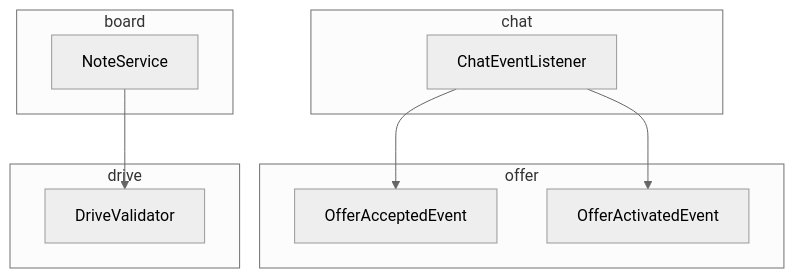
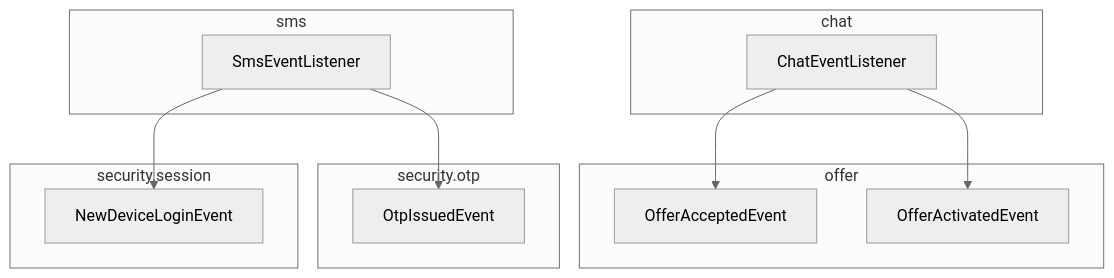
The third of 3 diagrams in apps/api/docs/project-structure.md (mortonCareer/bconnect), drawn with Mermaid (neutral theme) before and after one commit. The commit also changed other lines of this file and 32 other files, not shown here.

````diff
--- a/apps/api/docs/project-structure.md
+++ b/apps/api/docs/project-structure.md
@@ -68,19 +82,23 @@
 ```mermaid
 graph TD
   subgraph chat
     ChatL[ChatEventListener]
   end
   subgraph offer
     OfferAE[OfferAcceptedEvent]
     OfferVE[OfferActivatedEvent]
   end
-  subgraph board
-    NoteS[NoteService]
+  subgraph sms
+    SmsL[SmsEventListener]
   end
-  subgraph drive
-    DriveV[DriveValidator]
+  subgraph security.otp
+    OtpE[OtpIssuedEvent]
+  end
+  subgraph security.session
+    LoginE[NewDeviceLoginEvent]
   end
   ChatL --> OfferAE
   ChatL --> OfferVE
-  NoteS --> DriveV
+  SmsL --> OtpE
+  SmsL --> LoginE
 ```
````
